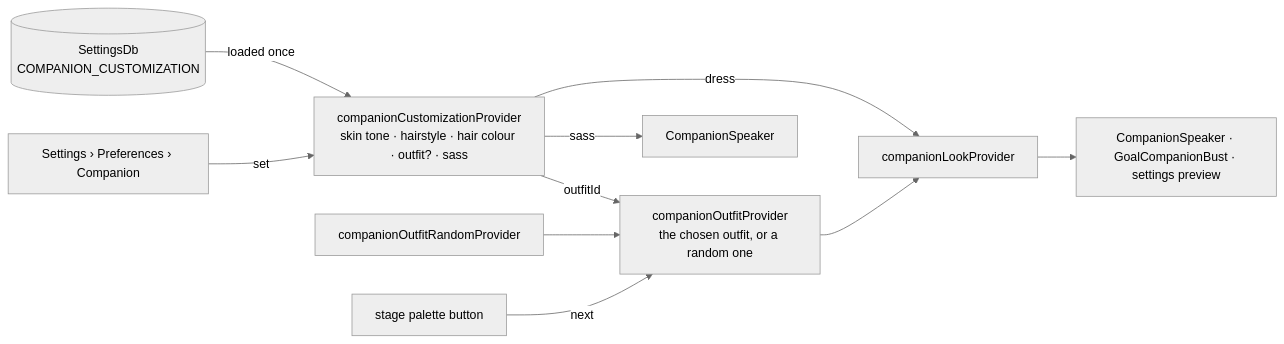
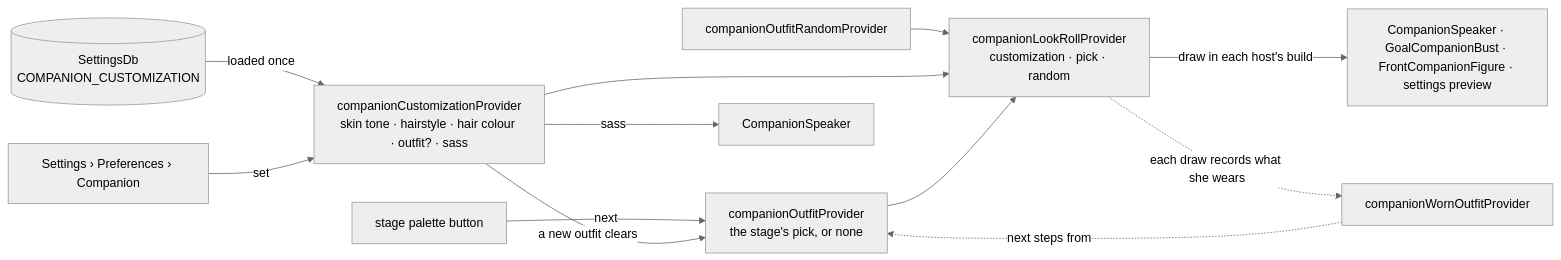
Before and after one commit to matthiasn/lotti: the sixth of 11 diagrams in knowledge/features/companion.md, drawn with Mermaid (neutral theme). The commit also changed other lines of this file and 9 other files, not shown here.

First line of the commit message:
fix(companion): surprise me draws a new outfit each time she is shown; outfit picker under her preview

````diff
--- a/knowledge/features/companion.md
+++ b/knowledge/features/companion.md
@@ -440,12 +444,14 @@
 ```mermaid
 flowchart LR
   DB[(SettingsDb<br/>COMPANION_CUSTOMIZATION)] -->|loaded once| C[companionCustomizationProvider<br/>skin tone · hairstyle · hair colour · outfit? · sass]
-  C -->|outfitId| O[companionOutfitProvider<br/>the chosen outfit, or a random one]
-  R[companionOutfitRandomProvider] --> O
-  Stage[stage palette button] -->|next| O
   Settings[Settings › Preferences › Companion] -->|set| C
-  C -->|dress| L[companionLookProvider]
-  O --> L
-  L --> Hosts[CompanionSpeaker · GoalCompanionBust · settings preview]
+  Stage[stage palette button] -->|next| P[companionOutfitProvider<br/>the stage's pick, or none]
+  C -->|a new outfit clears| P
+  R[companionOutfitRandomProvider] --> Roll
+  C --> Roll[companionLookRollProvider<br/>customization · pick · random]
+  P --> Roll
+  Roll -->|draw in each host's build| Hosts[CompanionSpeaker · GoalCompanionBust · FrontCompanionFigure · settings preview]
+  Roll -.->|each draw records what she wears| W[companionWornOutfitProvider]
+  W -.->|next steps from| P
   C -->|sass| Speaker[CompanionSpeaker]
 ```
````
